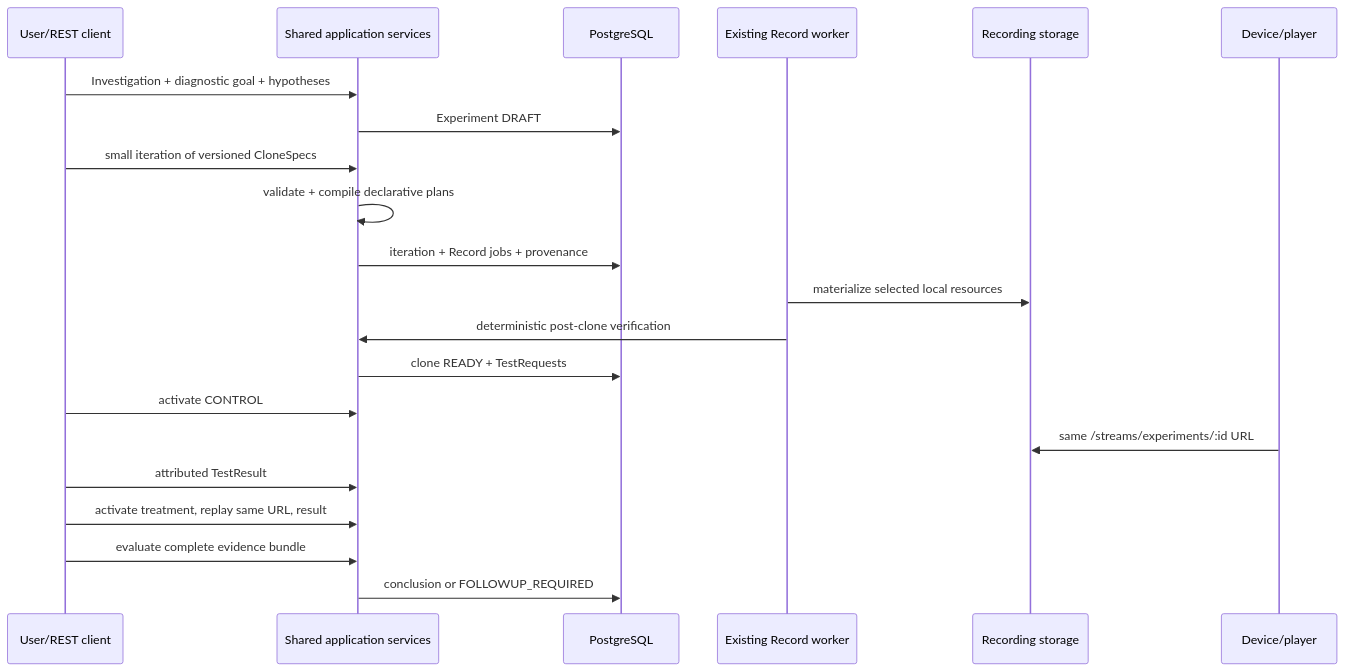
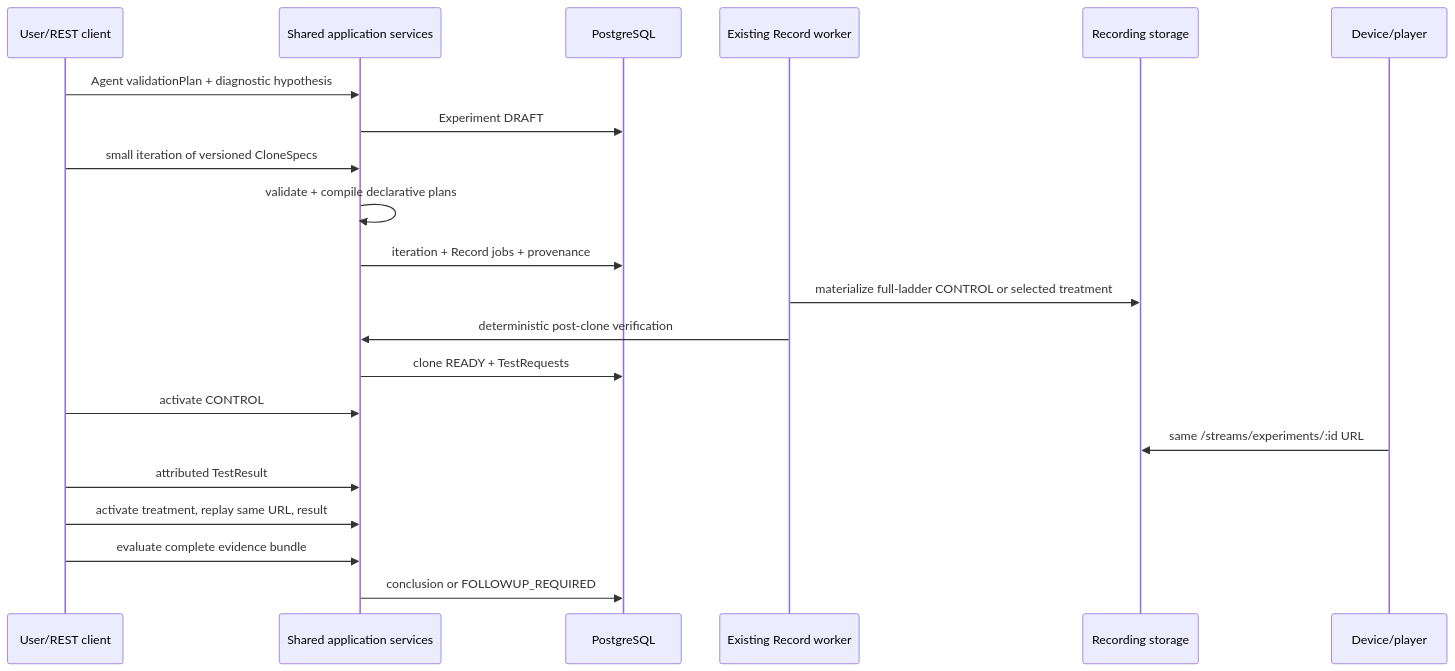
The fifth of 5 diagrams in docs/architecture/README.md (gugaio/videoharness), drawn with Mermaid before and after one commit. The commit also changed other lines of this file and 124 other files, not shown here.

````diff
--- a/docs/architecture/README.md
+++ b/docs/architecture/README.md
@@ -188,24 +216,24 @@
 ```mermaid
 sequenceDiagram
     participant U as User/REST client
     participant A as Shared application services
     participant D as PostgreSQL
     participant K as Existing Record worker
     participant F as Recording storage
     participant P as Device/player
 
-    U->>A: Investigation + diagnostic goal + hypotheses
+    U->>A: Agent validationPlan + diagnostic hypothesis
     A->>D: Experiment DRAFT
     U->>A: small iteration of versioned CloneSpecs
     A->>A: validate + compile declarative plans
     A->>D: iteration + Record jobs + provenance
-    K->>F: materialize selected local resources
+    K->>F: materialize full-ladder CONTROL or selected treatment
     K->>A: deterministic post-clone verification
     A->>D: clone READY + TestRequests
     U->>A: activate CONTROL
     P->>F: same /streams/experiments/:id URL
     U->>A: attributed TestResult
     U->>A: activate treatment, replay same URL, result
     U->>A: evaluate complete evidence bundle
     A->>D: conclusion or FOLLOWUP_REQUIRED
 ```
````
